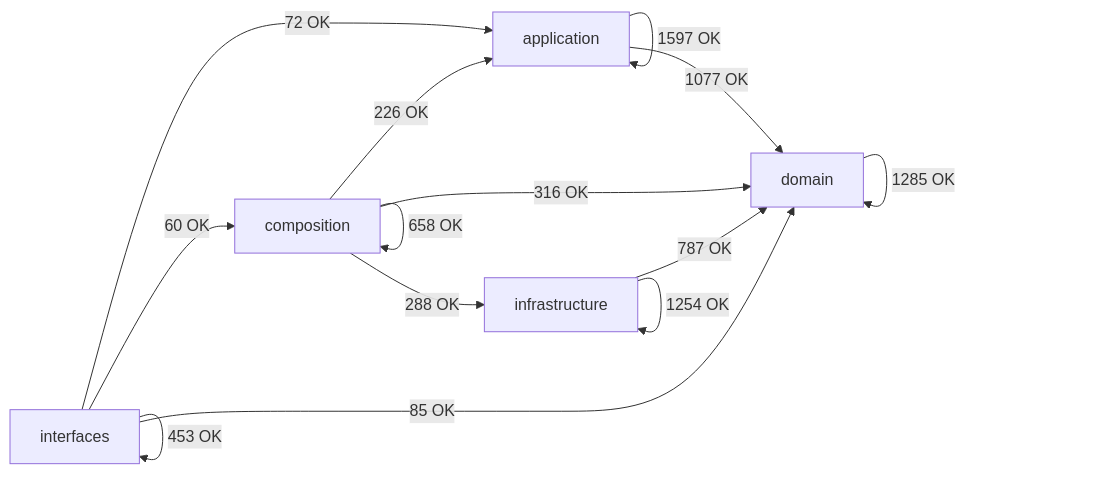
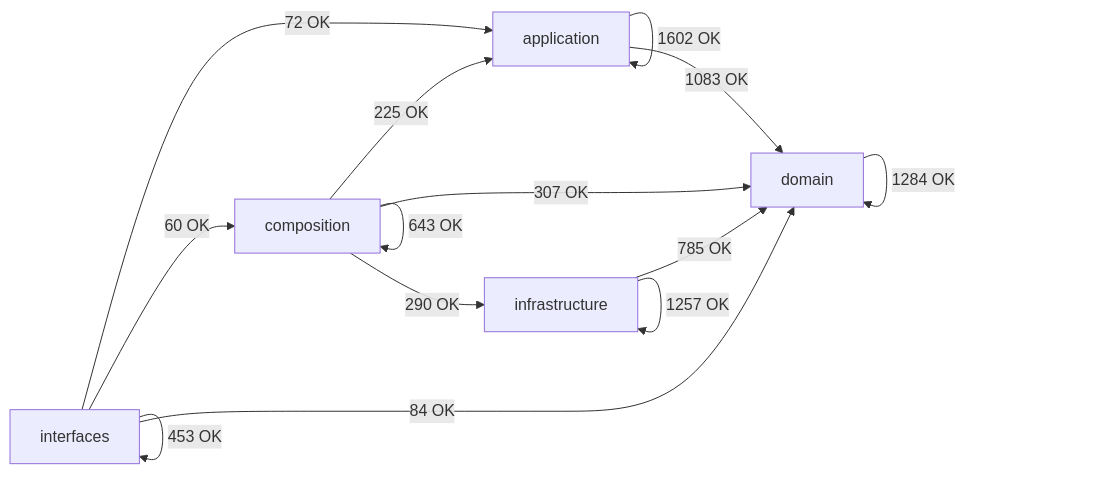
The diagram in docs/02-architecture/generated/module-dependency-map.md (SatoryKono/BioactivityDataAcquisition), drawn with Mermaid before and after one commit. The commit also changed other lines of this file and 797 other files, not shown here.

````diff
--- a/docs/02-architecture/generated/module-dependency-map.md
+++ b/docs/02-architecture/generated/module-dependency-map.md
@@ -17,21 +17,21 @@
 ```mermaid
 flowchart LR
     domain[domain]
     application[application]
     infrastructure[infrastructure]
     composition[composition]
     interfaces[interfaces]
-    application -->|1597 OK| application
-    application -->|1077 OK| domain
-    composition -->|226 OK| application
-    composition -->|658 OK| composition
-    composition -->|316 OK| domain
-    composition -->|288 OK| infrastructure
-    domain -->|1285 OK| domain
-    infrastructure -->|787 OK| domain
-    infrastructure -->|1254 OK| infrastructure
+    application -->|1602 OK| application
+    application -->|1083 OK| domain
+    composition -->|225 OK| application
+    composition -->|643 OK| composition
+    composition -->|307 OK| domain
+    composition -->|290 OK| infrastructure
+    domain -->|1284 OK| domain
+    infrastructure -->|785 OK| domain
+    infrastructure -->|1257 OK| infrastructure
     interfaces -->|72 OK| application
     interfaces -->|60 OK| composition
-    interfaces -->|85 OK| domain
+    interfaces -->|84 OK| domain
     interfaces -->|453 OK| interfaces
 ```
````
